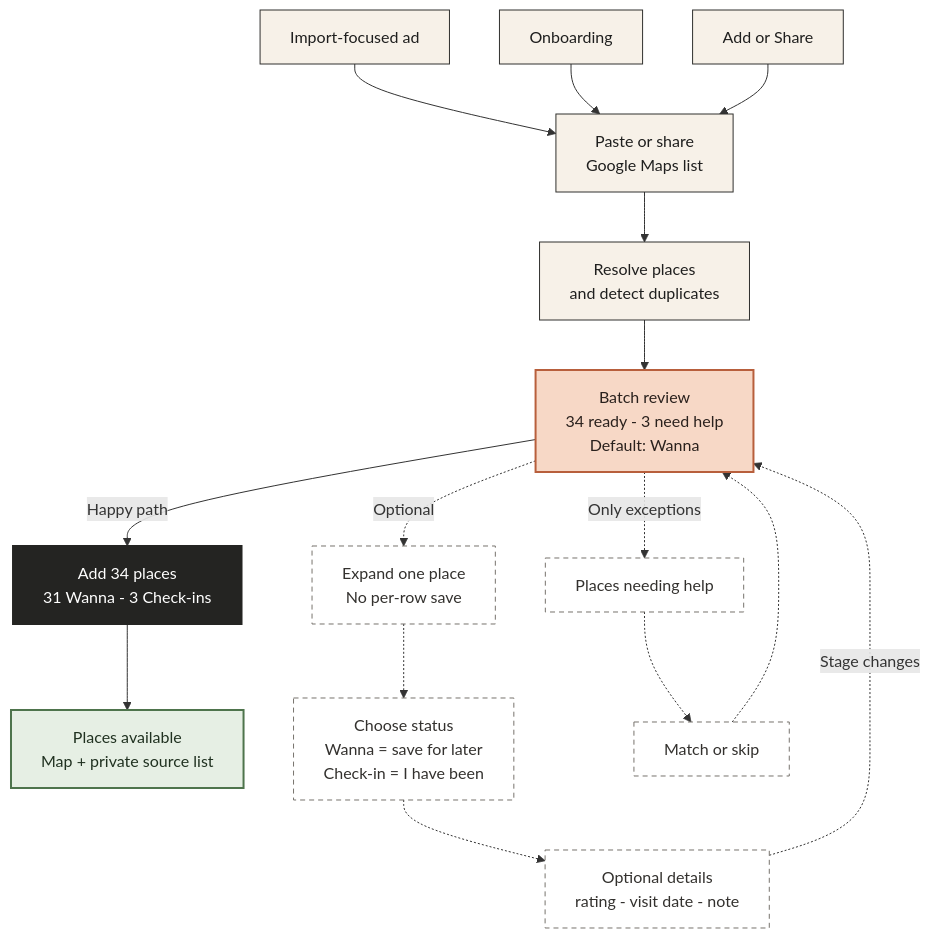
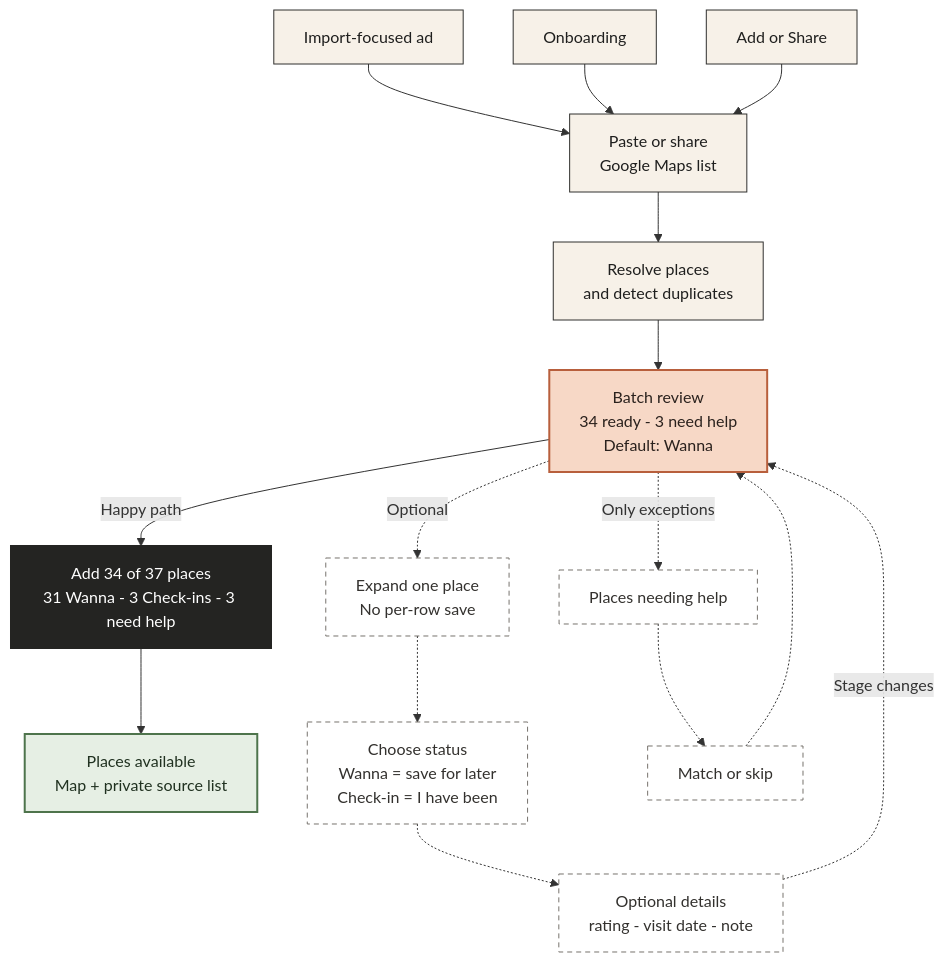
One commit to joelipshutz/wander changed the diagram in diagrams/rec-212-batch-import-flow.mmd. Above: the diagram before and after it, drawn with Mermaid. The commit also changed 2 other files, not shown here.

```diff
--- a/diagrams/rec-212-batch-import-flow.mmd
+++ b/diagrams/rec-212-batch-import-flow.mmd
@@ -1,31 +1,31 @@
 graph TD
   AD["Import-focused ad"] --> ACQ
   ON["Onboarding"] --> ACQ
   ADD["Add or Share"] --> ACQ
 
   ACQ["Paste or share<br/>Google Maps list"] --> RES["Resolve places<br/>and detect duplicates"]
   RES --> REVIEW["Batch review<br/>34 ready - 3 need help<br/>Default: Wanna"]
 
-  REVIEW -->|"Happy path"| ADDALL["Add 34 places<br/>31 Wanna - 3 Check-ins"]
+  REVIEW -->|"Happy path"| ADDALL["Add 34 of 37 places<br/>31 Wanna - 3 Check-ins - 3 need help"]
   ADDALL --> DONE["Places available<br/>Map + private source list"]
 
   REVIEW -.->|"Optional"| EXPAND["Expand one place<br/>No per-row save"]
   EXPAND -.-> STATUS["Choose status<br/>Wanna = save for later<br/>Check-in = I have been"]
   STATUS -.-> DETAILS["Optional details<br/>rating - visit date - note"]
   DETAILS -.->|"Stage changes"| REVIEW
 
   REVIEW -.->|"Only exceptions"| HELP["Places needing help"]
   HELP -.-> FIX["Match or skip"]
   FIX -.-> REVIEW
 
   classDef entry fill:#F7F1E8,stroke:#30302E,color:#1F1F1E,stroke-width:1px;
   classDef primary fill:#F7D8C6,stroke:#B85F3C,color:#2A211D,stroke-width:2px;
   classDef action fill:#242422,stroke:#242422,color:#FFFFFF,stroke-width:2px;
   classDef optional fill:#FFFFFF,stroke:#77736D,color:#33312E,stroke-width:1px,stroke-dasharray:5 4;
   classDef success fill:#E6EFE4,stroke:#4E744C,color:#203120,stroke-width:2px;
 
   class AD,ON,ADD,ACQ,RES entry;
   class REVIEW primary;
   class ADDALL action;
   class DONE success;
   class EXPAND,STATUS,DETAILS,HELP,FIX optional;
```
